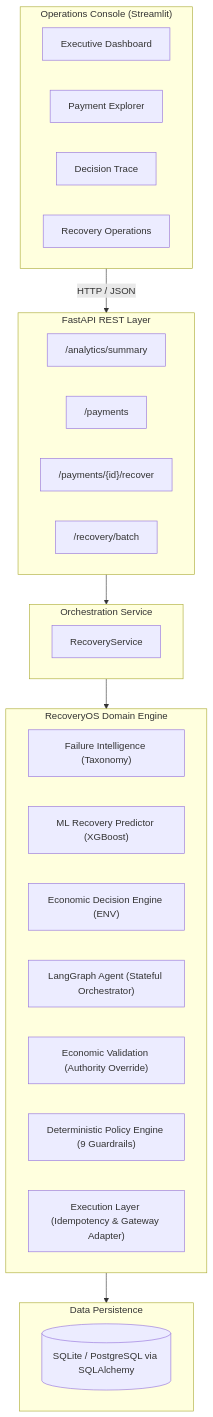
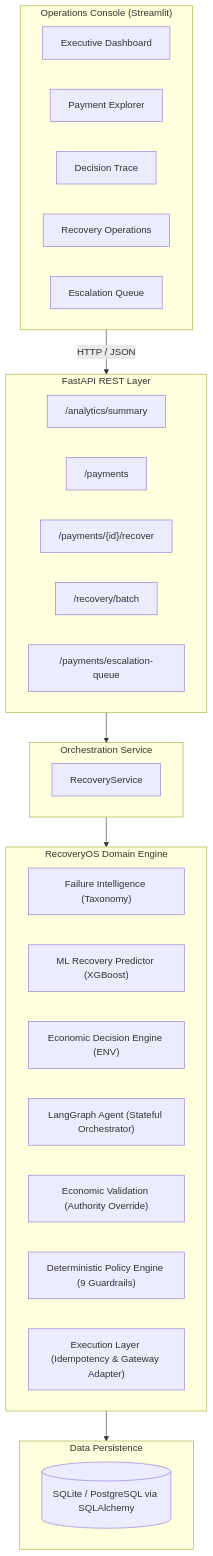
The first of 2 diagrams in README.md (Hardik9999/RecoveryOS), drawn with Mermaid before and after one commit. The commit also changed other lines of this file and 7 other files, not shown here.

````diff
--- a/README.md
+++ b/README.md
@@ -81,39 +81,41 @@
 ```mermaid
 flowchart TD
     subgraph UI ["Operations Console (Streamlit)"]
         A1[Executive Dashboard]
         A2[Payment Explorer]
         A3[Decision Trace]
         A4[Recovery Operations]
+        A5[Escalation Queue]
     end
 
     subgraph API ["FastAPI REST Layer"]
         B1["/analytics/summary"]
         B2["/payments"]
         B3["/payments/{id}/recover"]
         B4["/recovery/batch"]
+        B5["/payments/escalation-queue"]
     end
 
     subgraph Service ["Orchestration Service"]
         C1["RecoveryService"]
     end
 
     subgraph Core ["RecoveryOS Domain Engine"]
         D1["Failure Intelligence (Taxonomy)"]
         D2["ML Recovery Predictor (XGBoost)"]
         D3["Economic Decision Engine (ENV)"]
         D4["LangGraph Agent (Stateful Orchestrator)"]
         D5["Economic Validation (Authority Override)"]
         D6["Deterministic Policy Engine (9 Guardrails)"]
         D7["Execution Layer (Idempotency & Gateway Adapter)"]
     end
 
     subgraph Data ["Data Persistence"]
         E1[(SQLite / PostgreSQL via SQLAlchemy)]
     end
 
     UI -->|HTTP / JSON| API
     API --> Service
     Service --> Core
     Core --> Data
 ```
````
